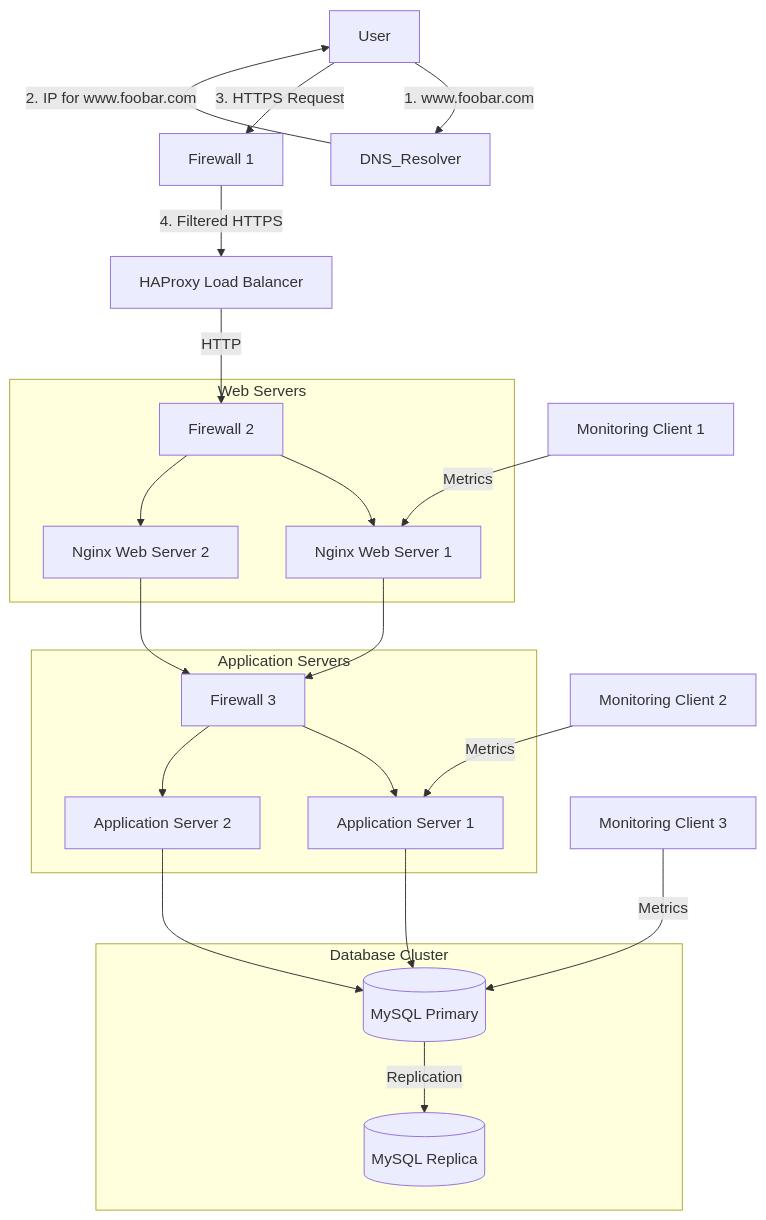
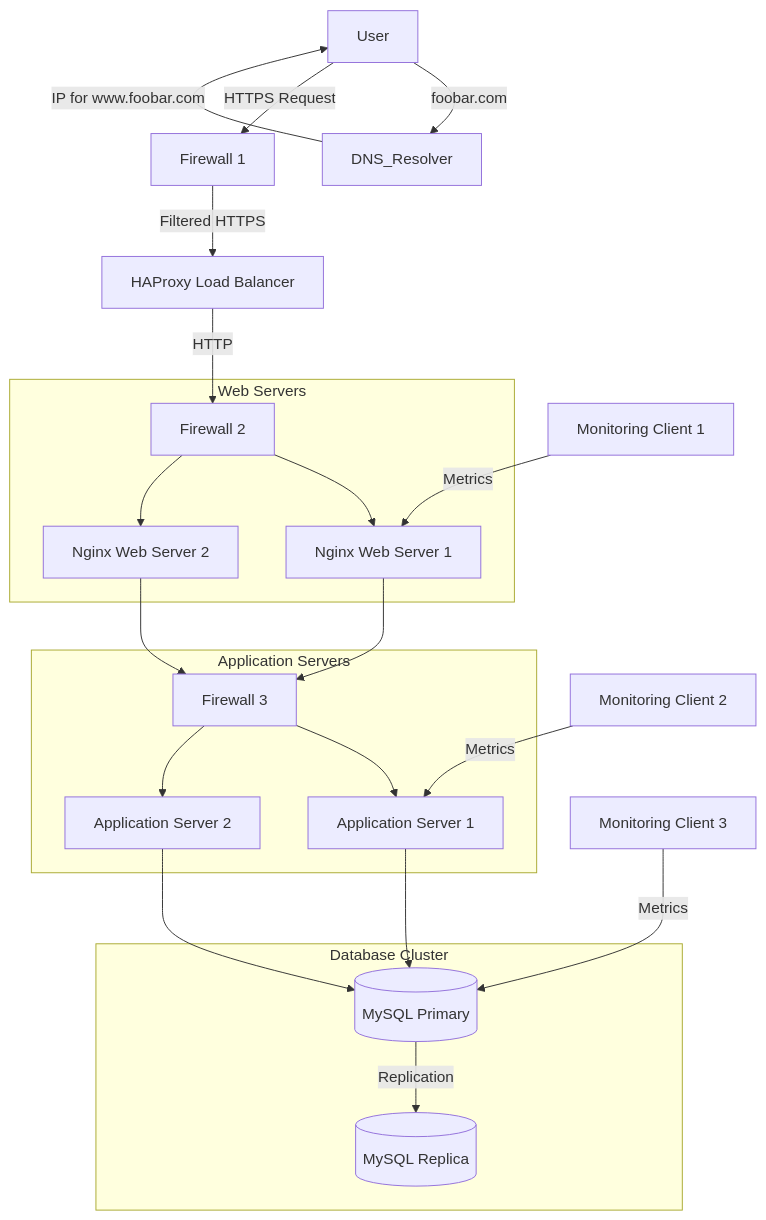
Before and after one commit to judiihh/holbertonschool-system_engineering-devops: the diagram in web_infrastructure_design/2-secured_and_monitored_web_infrastructure.md, drawn with Mermaid.

Commit message:
fix: mermaid docs

````diff
--- a/web_infrastructure_design/2-secured_and_monitored_web_infrastructure.md
+++ b/web_infrastructure_design/2-secured_and_monitored_web_infrastructure.md
@@ -7,43 +7,43 @@
 ```mermaid
 graph TD
-    User -->|1. www.foobar.com| DNS_Resolver
-    DNS_Resolver -->|2. IP for www.foobar.com| User
-    User -->|3. HTTPS Request| Firewall1[Firewall 1]
-    Firewall1 -->|4. Filtered HTTPS| Load_Balancer[HAProxy Load Balancer]
+    User -->|foobar.com| DNS_Resolver
+    DNS_Resolver -->|IP for www.foobar.com| User
+    User -->|HTTPS Request| Firewall1[Firewall 1]
+    Firewall1 -->|Filtered HTTPS| Load_Balancer[HAProxy Load Balancer]
     
     subgraph Web Servers
         Firewall2[Firewall 2]
         Web_Server1[Nginx Web Server 1]
         Web_Server2[Nginx Web Server 2]
     end
     
     subgraph Application Servers
         Firewall3[Firewall 3]
         App_Server1[Application Server 1]
         App_Server2[Application Server 2]
     end
     
     subgraph Database Cluster
         DB_Primary[(MySQL Primary)]
         DB_Replica[(MySQL Replica)]
     end
     
     Load_Balancer -->|HTTP| Firewall2
     Firewall2 --> Web_Server1
     Firewall2 --> Web_Server2
     
     Web_Server1 --> Firewall3
     Web_Server2 --> Firewall3
     Firewall3 --> App_Server1
     Firewall3 --> App_Server2
     
     App_Server1 --> DB_Primary
     App_Server2 --> DB_Primary
     
     DB_Primary -->|Replication| DB_Replica
 
     %% Monitoring Components
     Monitor1[Monitoring Client 1] -->|Metrics| Web_Server1
     Monitor2[Monitoring Client 2] -->|Metrics| App_Server1
     Monitor3[Monitoring Client 3] -->|Metrics| DB_Primary
 ```
````
